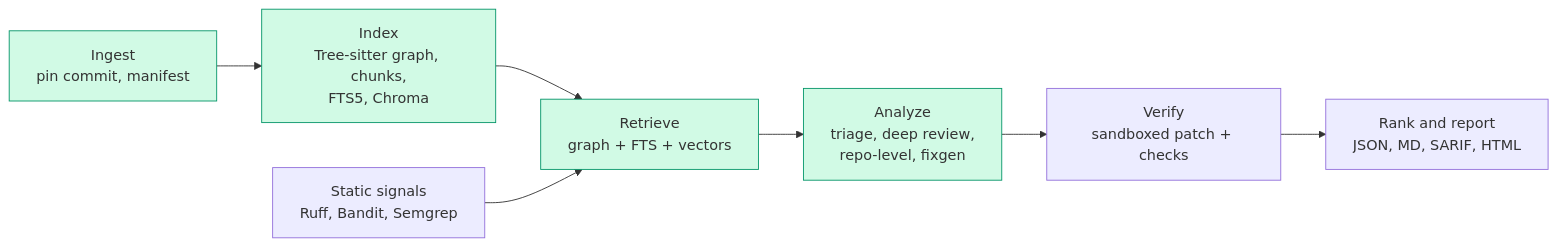
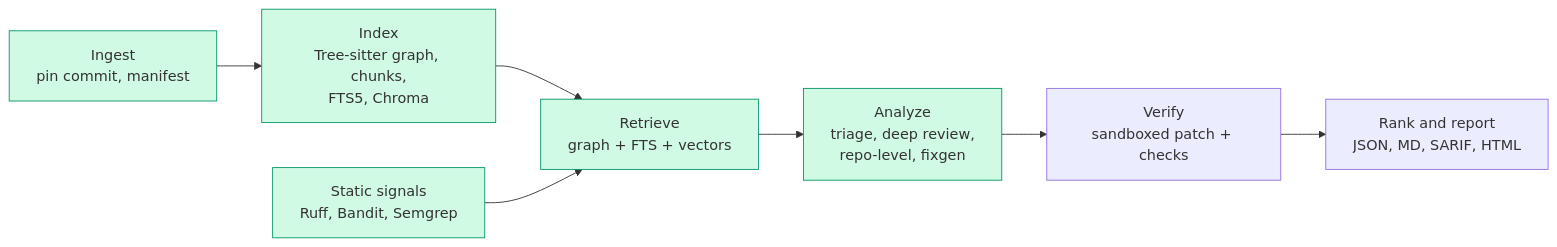
The diagram in README.md (DivyanshuGaba/AI-code-reviewer), drawn with Mermaid before and after one commit. The commit also changed other lines of this file, not shown here.

````diff
--- a/README.md
+++ b/README.md
@@ -14,11 +14,11 @@
 ```mermaid
 flowchart LR
     A[Ingest<br/>pin commit, manifest] --> B[Index<br/>Tree-sitter graph, chunks,<br/>FTS5, Chroma]
     B --> C[Retrieve<br/>graph + FTS + vectors]
     S[Static signals<br/>Ruff, Bandit, Semgrep] --> C
     C --> D[Analyze<br/>triage, deep review,<br/>repo-level, fixgen]
     D --> E[Verify<br/>sandboxed patch + checks]
     E --> F[Rank and report<br/>JSON, MD, SARIF, HTML]
     classDef done fill:#d1fae5,stroke:#059669;
-    class A,B,C,D done;
+    class A,B,C,D,S done;
 ```
````
